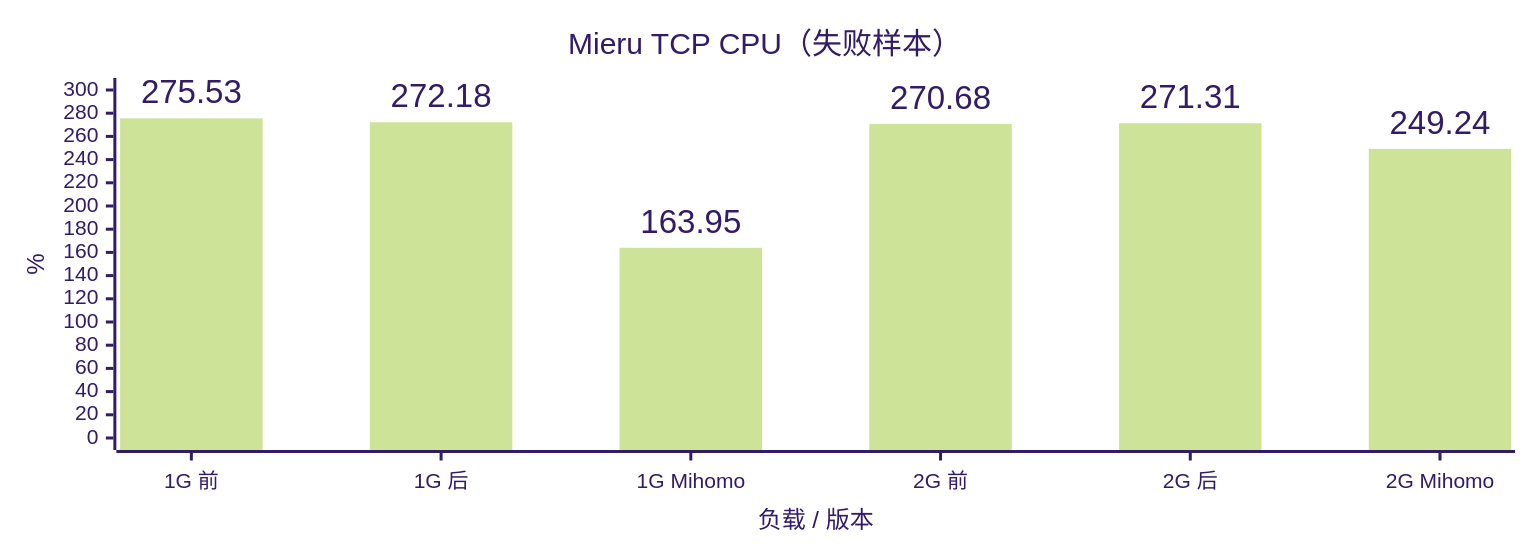
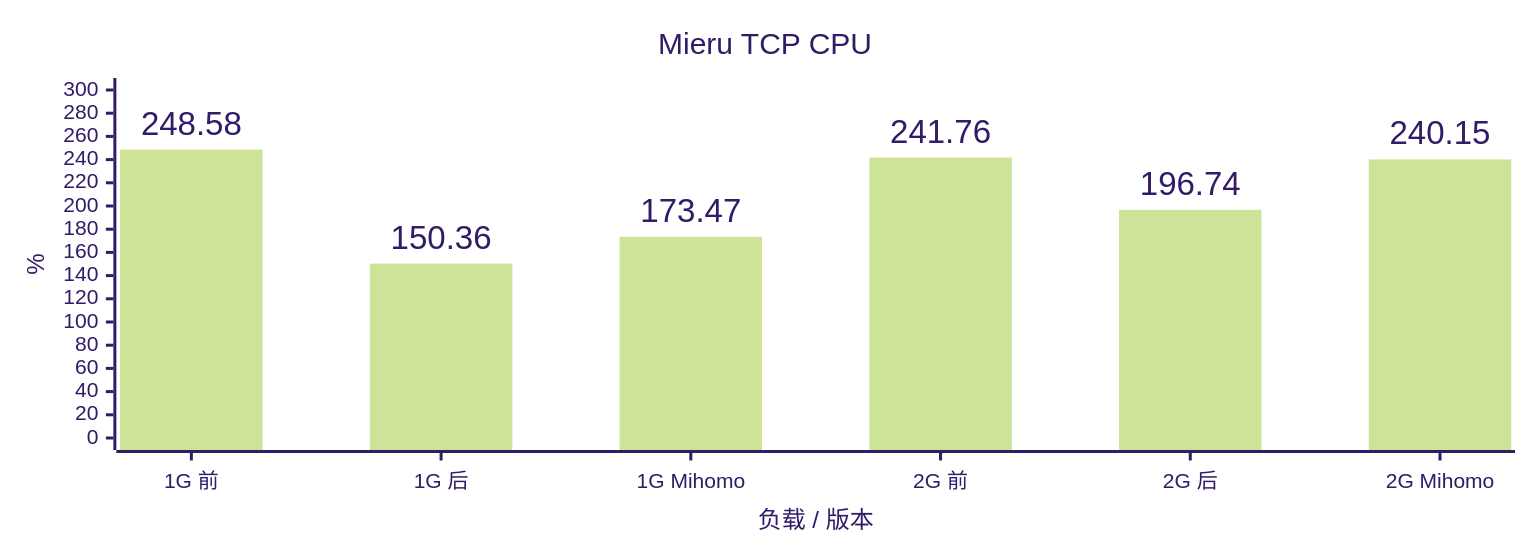
Before and after one commit to YuanDevTeam/Vole: the second of 8 diagrams in docs/benchmark.md, drawn with Mermaid (forest theme). The commit also changed other lines of this file, not shown here.

Commit message:
docs: update Mieru TUN comparison results

````diff
--- a/docs/benchmark.md
+++ b/docs/benchmark.md
@@ -35,15 +33,15 @@
 ```mermaid
 ---
 config:
   xyChart:
     width: 1000
     height: 350
     showDataLabel: true
     showDataLabelOutsideBar: true
 ---
 xychart
-    title "Mieru TCP CPU（失败样本）"
+    title "Mieru TCP CPU"
     x-axis "负载 / 版本" ["1G 前", "1G 后", "1G Mihomo", "2G 前", "2G 后", "2G Mihomo"]
     y-axis "%" 0 --> 300
-    bar [275.53, 272.18, 163.95, 270.68, 271.31, 249.24]
+    bar [248.58, 150.36, 173.47, 241.76, 196.74, 240.15]
 ```
````
